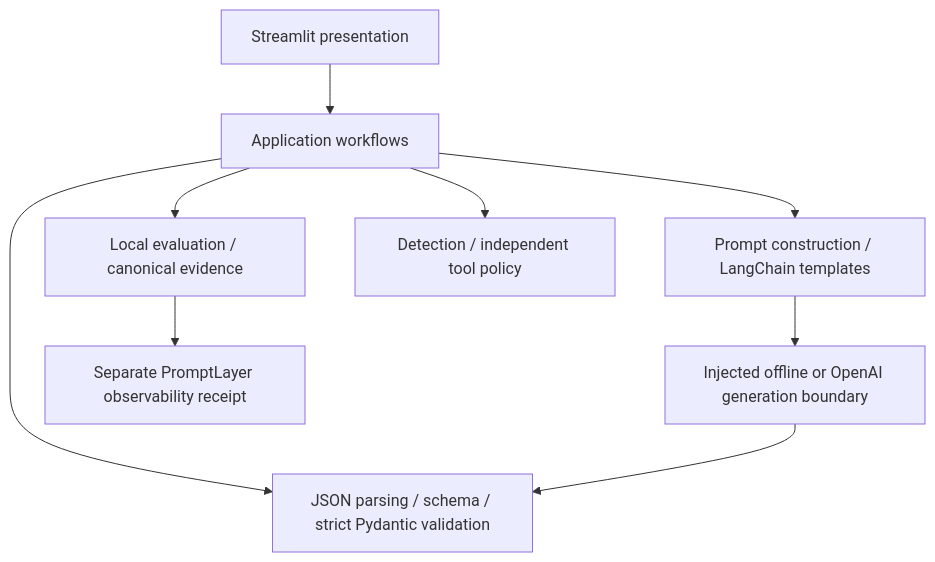
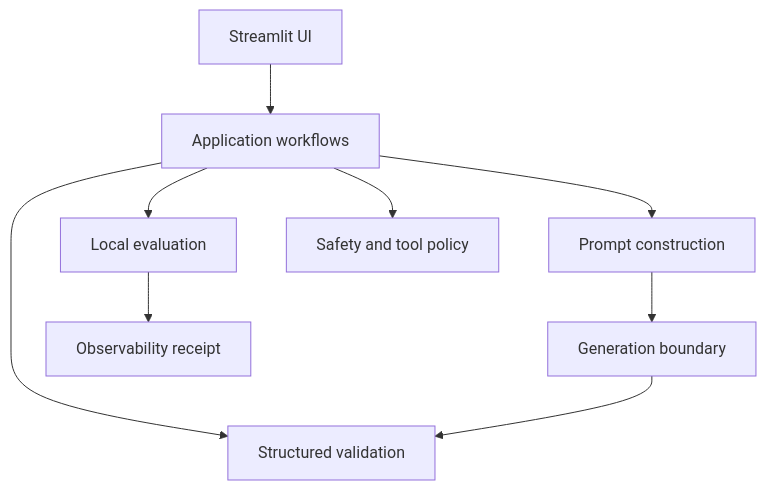
One commit to dmortalla/dm-aiep-modules changed the diagram in module-02/README.md. Above: the diagram before and after it, drawn with Mermaid. The commit also changed other lines of this file and 1 other file, not shown here.

````diff
--- a/module-02/README.md
+++ b/module-02/README.md
@@ -75,11 +50,11 @@
 ```mermaid
 flowchart TD
-    UI[Streamlit presentation] --> W[Application workflows]
-    W --> P[Prompt construction / LangChain templates]
-    W --> V[JSON parsing / schema / strict Pydantic validation]
-    W --> E[Local evaluation / canonical evidence]
-    W --> S[Detection / independent tool policy]
-    P --> G[Injected offline or OpenAI generation boundary]
+    UI[Streamlit UI] --> W[Application workflows]
+    W --> P[Prompt construction]
+    W --> V[Structured validation]
+    W --> E[Local evaluation]
+    W --> S[Safety and tool policy]
+    P --> G[Generation boundary]
     G --> V
-    E --> O[Separate PromptLayer observability receipt]
+    E --> O[Observability receipt]
 ```
````
